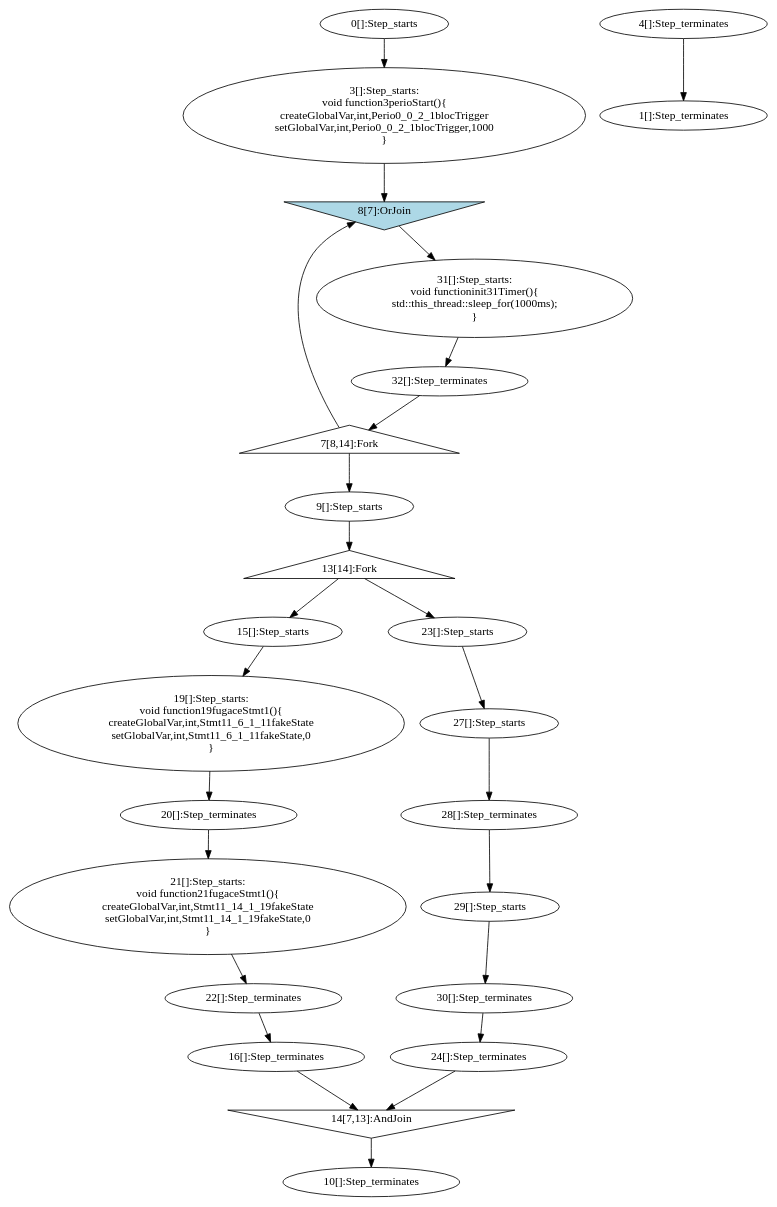
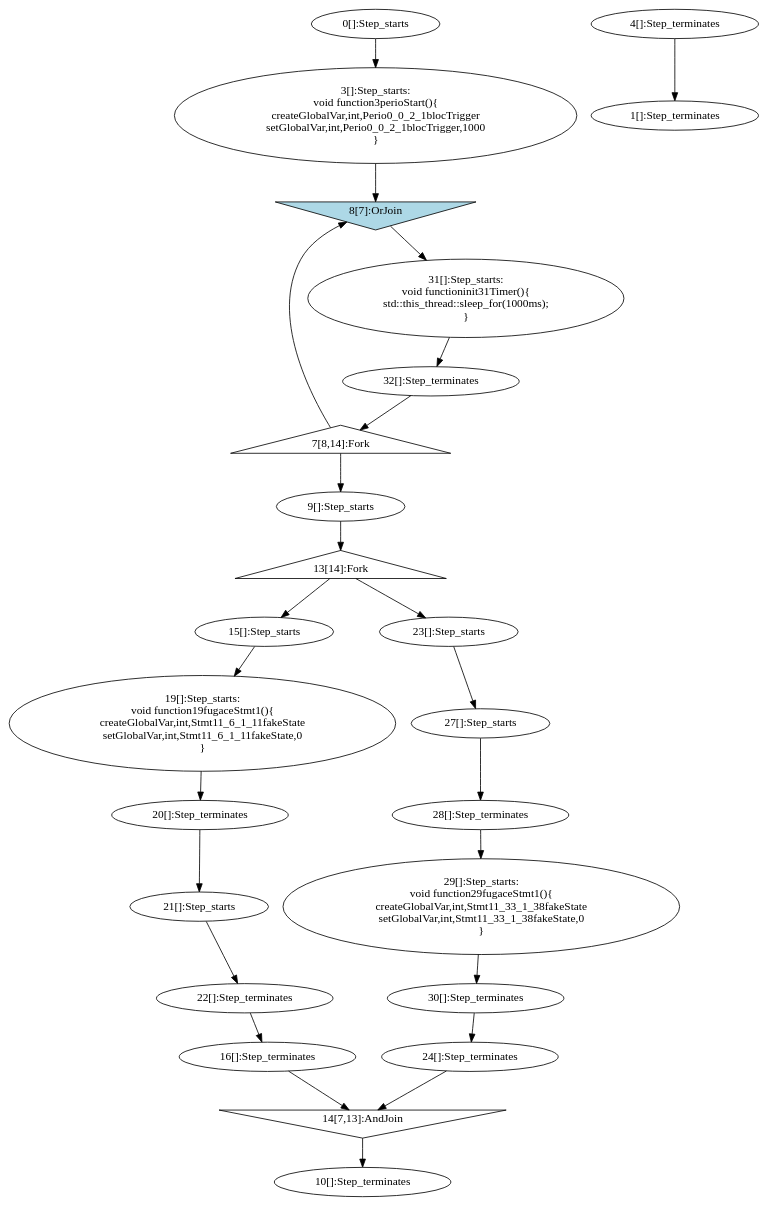
One commit to jdeantoni/TCOS.lang changed the diagram in examples/programs/generated/test1.dot. Above: the diagram before and after it, drawn with Graphviz. The commit also changed 24 other files, not shown here.

```diff
--- a/examples/programs/generated/test1.dot
+++ b/examples/programs/generated/test1.dot
@@ -1,65 +1,65 @@
 digraph G {
   "0" [label="0[]:Step_starts" shape="ellipse" ];
   "1" [label="1[]:Step_terminates" shape="ellipse" ];
   "3" [label="3[]:Step_starts:
 void function3perioStart(){
 createGlobalVar,int,Perio0_0_2_1blocTrigger
 setGlobalVar,int,Perio0_0_2_1blocTrigger,1000
 }" shape="ellipse" ];
   "4" [label="4[]:Step_terminates" shape="ellipse" ];
   "7" [label="7[8,14]:Fork" shape="triangle" ];
   "8" [label="8[7]:OrJoin" shape="invtriangle" style="filled" fillcolor="lightblue"];
   "31" [label="31[]:Step_starts:
 void functioninit31Timer(){
 std::this_thread::sleep_for(1000ms);
 }" shape="ellipse" ];
   "32" [label="32[]:Step_terminates" shape="ellipse" ];
   "9" [label="9[]:Step_starts" shape="ellipse" ];
   "10" [label="10[]:Step_terminates" shape="ellipse" ];
   "13" [label="13[14]:Fork" shape="triangle" ];
   "14" [label="14[7,13]:AndJoin" shape="invtriangle" ];
   "15" [label="15[]:Step_starts" shape="ellipse" ];
   "16" [label="16[]:Step_terminates" shape="ellipse" ];
   "23" [label="23[]:Step_starts" shape="ellipse" ];
   "24" [label="24[]:Step_terminates" shape="ellipse" ];
   "19" [label="19[]:Step_starts:
 void function19fugaceStmt1(){
 createGlobalVar,int,Stmt11_6_1_11fakeState
 setGlobalVar,int,Stmt11_6_1_11fakeState,0
 }" shape="ellipse" ];
   "20" [label="20[]:Step_terminates" shape="ellipse" ];
-  "21" [label="21[]:Step_starts:
-void function21fugaceStmt1(){
-createGlobalVar,int,Stmt11_14_1_19fakeState
-setGlobalVar,int,Stmt11_14_1_19fakeState,0
-}" shape="ellipse" ];
+  "21" [label="21[]:Step_starts" shape="ellipse" ];
   "22" [label="22[]:Step_terminates" shape="ellipse" ];
   "27" [label="27[]:Step_starts" shape="ellipse" ];
   "28" [label="28[]:Step_terminates" shape="ellipse" ];
-  "29" [label="29[]:Step_starts" shape="ellipse" ];
+  "29" [label="29[]:Step_starts:
+void function29fugaceStmt1(){
+createGlobalVar,int,Stmt11_33_1_38fakeState
+setGlobalVar,int,Stmt11_33_1_38fakeState,0
+}" shape="ellipse" ];
   "30" [label="30[]:Step_terminates" shape="ellipse" ];
   "0" -> "3" [label=""];
   "4" -> "1" [label=""];
   "3" -> "8" [label=""];
   "32" -> "7" [label=""];
   "7" -> "9" [label=""];
   "7" -> "8" [label=""];
   "8" -> "31" [label=""];
   "31" -> "32" [label=""];
   "9" -> "13" [label=""];
   "13" -> "15" [label=""];
   "13" -> "23" [label=""];
   "16" -> "14" [label=""];
   "24" -> "14" [label=""];
   "14" -> "10" [label=""];
   "15" -> "19" [label=""];
   "20" -> "21" [label=""];
   "22" -> "16" [label=""];
   "23" -> "27" [label=""];
   "28" -> "29" [label=""];
   "30" -> "24" [label=""];
   "19" -> "20" [label=""];
   "21" -> "22" [label=""];
   "27" -> "28" [label=""];
   "29" -> "30" [label=""];
 }
```
